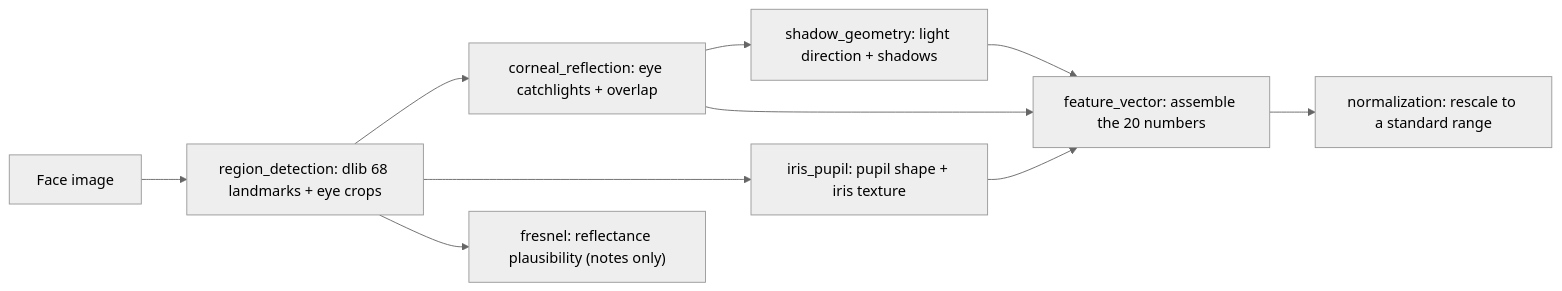
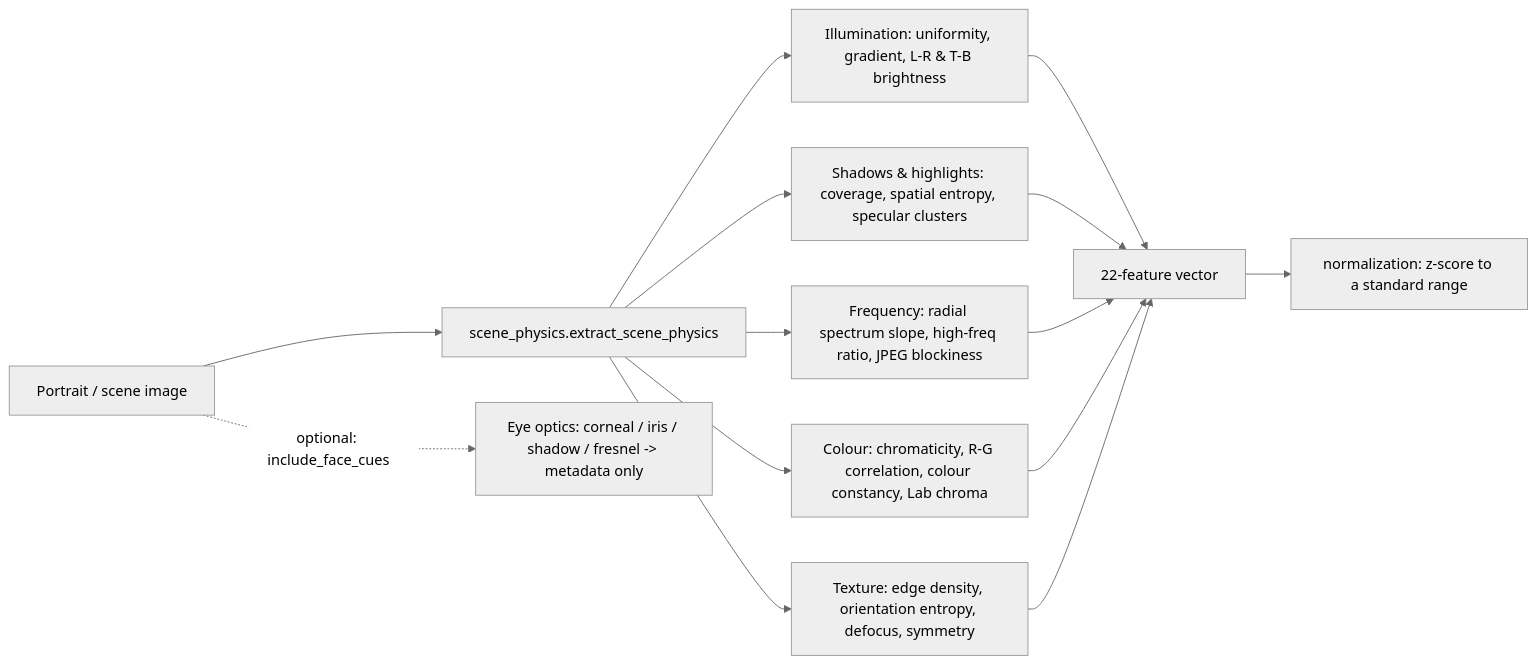
The sixth of 9 diagrams in ai-vs-real-face-detector/PROJECT_ARCHITECTURE.md (Algorithm-bot/ai-vs-real-face-detector), drawn with Mermaid (neutral theme) before and after one commit. The commit also changed other lines of this file and 5 other files, not shown here.

````diff
--- a/ai-vs-real-face-detector/PROJECT_ARCHITECTURE.md
+++ b/ai-vs-real-face-detector/PROJECT_ARCHITECTURE.md
@@ -171,12 +369,16 @@
 ```mermaid
 flowchart LR
-    A["Face image"] --> B["region_detection: dlib 68 landmarks + eye crops"]
-    B --> C["corneal_reflection: eye catchlights + overlap"]
-    B --> D["iris_pupil: pupil shape + iris texture"]
-    C --> E["shadow_geometry: light direction + shadows"]
-    B --> F["fresnel: reflectance plausibility (notes only)"]
-    C --> G["feature_vector: assemble the 20 numbers"]
-    D --> G
-    E --> G
-    G --> H["normalization: rescale to a standard range"]
+    A["Portrait / scene image"] --> S["scene_physics.extract_scene_physics"]
+    S --> S1["Illumination: uniformity, gradient, L-R & T-B brightness"]
+    S --> S2["Shadows & highlights: coverage, spatial entropy, specular clusters"]
+    S --> S3["Frequency: radial spectrum slope, high-freq ratio, JPEG blockiness"]
+    S --> S4["Colour: chromaticity, R-G correlation, colour constancy, Lab chroma"]
+    S --> S5["Texture: edge density, orientation entropy, defocus, symmetry"]
+    S1 --> V["22-feature vector"]
+    S2 --> V
+    S3 --> V
+    S4 --> V
+    S5 --> V
+    V --> N["normalization: z-score to a standard range"]
+    A -. "optional: include_face_cues" .-> EYE["Eye optics: corneal / iris / shadow / fresnel -> metadata only"]
 ```
````
